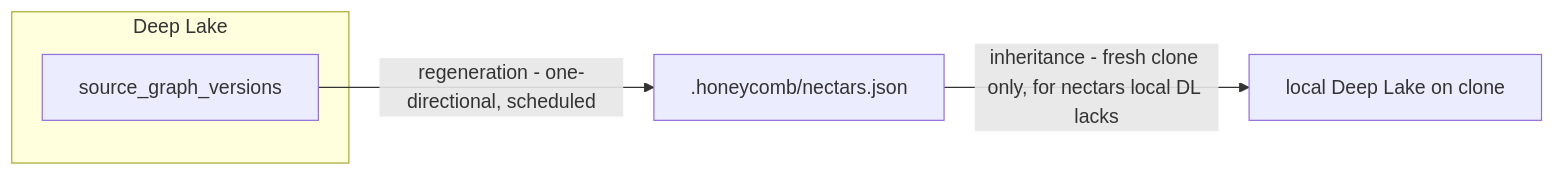
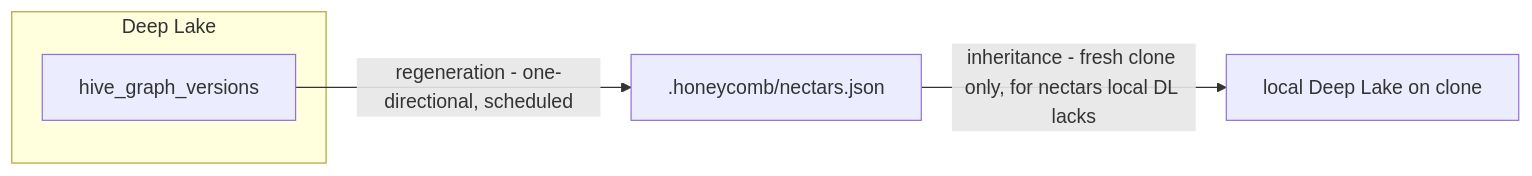
One commit to legioncodeinc/nectar changed the second of 4 diagrams in library/knowledge/private/data/portable-registry-deep-dive/portable-registry-ecosystem-story-arc.md. Above: the diagram before and after it, drawn with Mermaid. The commit also changed other lines of this file and 337 other files, not shown here.

````diff
--- a/library/knowledge/private/data/portable-registry-deep-dive/portable-registry-ecosystem-story-arc.md
+++ b/library/knowledge/private/data/portable-registry-deep-dive/portable-registry-ecosystem-story-arc.md
@@ -65,8 +65,8 @@
 ```mermaid
 flowchart LR
     subgraph dl[Deep Lake]
-        sg["source_graph_versions"]
+        sg["hive_graph_versions"]
     end
     sg -->|"regeneration - one-directional, scheduled"| proj[".honeycomb/nectars.json"]
     proj -->|"inheritance - fresh clone only, for nectars local DL lacks"| local["local Deep Lake on clone"]
 ```
````
